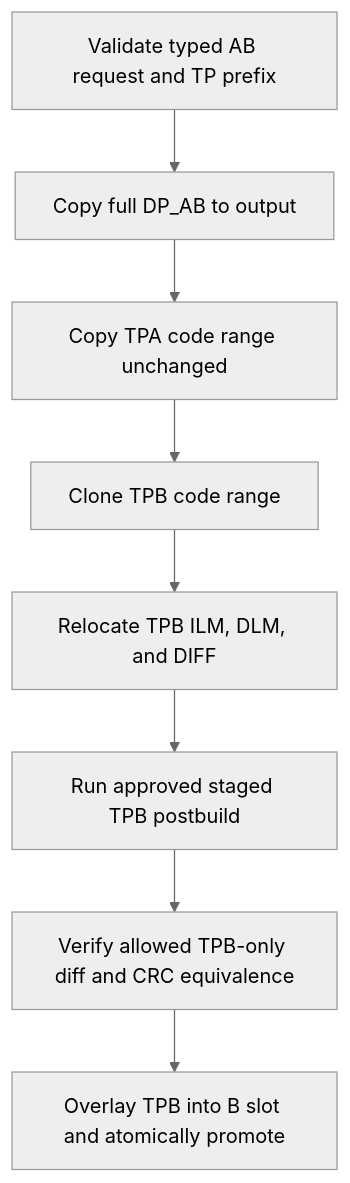
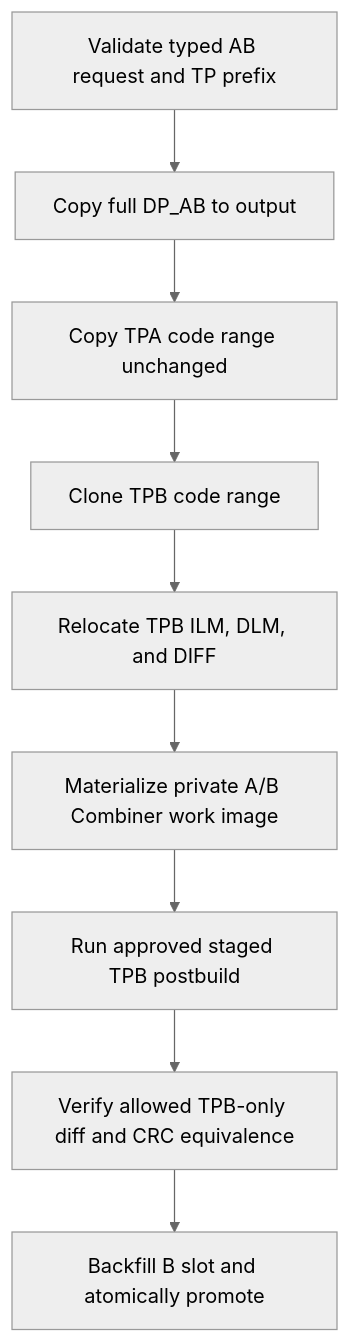
One commit to Dennis40816/nvt_fw_combiner changed the diagram in docs/architecture/nt51950-nt51951-ab-code-contract.md. Above: the diagram before and after it, drawn with Mermaid (neutral theme). The commit also changed other lines of this file and 51 other files, not shown here.

````diff
--- a/docs/architecture/nt51950-nt51951-ab-code-contract.md
+++ b/docs/architecture/nt51950-nt51951-ab-code-contract.md
@@ -80,10 +106,11 @@
 ```mermaid
 flowchart TD
     A["Validate typed AB request and TP prefix"] --> B["Copy full DP_AB to output"]
     B --> C["Copy TPA code range unchanged"]
     C --> D["Clone TPB code range"]
     D --> E["Relocate TPB ILM, DLM, and DIFF"]
-    E --> F["Run approved staged TPB postbuild"]
-    F --> G["Verify allowed TPB-only diff and CRC equivalence"]
-    G --> H["Overlay TPB into B slot and atomically promote"]
+    E --> F["Materialize private A/B Combiner work image"]
+    F --> G["Run approved staged TPB postbuild"]
+    G --> H["Verify allowed TPB-only diff and CRC equivalence"]
+    H --> I["Backfill B slot and atomically promote"]
 ```
````
